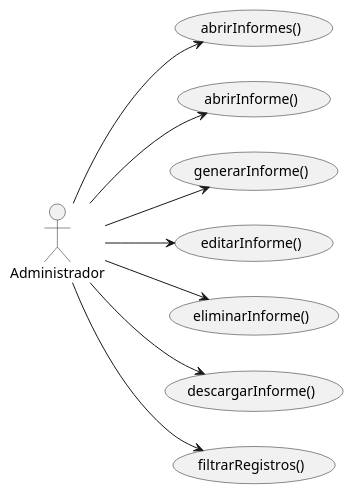
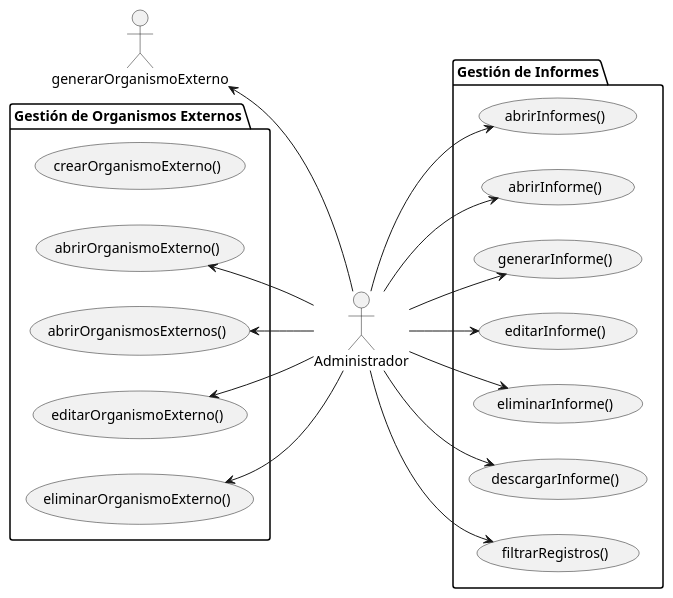
The diagram in modelosUML/01-actores-casos-uso/dimension-filtrado-informe/actores-casos-uso.puml (Angelo2272/26-27-IdSw1-SDR), drawn with PlantUML before and after one commit. The commit also changed 3 other files, not shown here.

Commit message:
docs: Identificar actores y casos de uso dentro de Organismos Externos, unificar casos de uso de Informes

```diff
--- a/modelosUML/01-actores-casos-uso/dimension-filtrado-informe/actores-casos-uso.puml
+++ b/modelosUML/01-actores-casos-uso/dimension-filtrado-informe/actores-casos-uso.puml
@@ -1,23 +1,39 @@
 @startuml
 
-    left to right direction
+left to right direction
 
-    actor "Administrador" as admin
+actor "Administrador" as admin
 
-    usecase "abrirInformes()" as UC1
-    usecase "abrirInforme()" as UC2
-    usecase "generarInforme()" as UC3
-    usecase "editarInforme()" as UC4
-    usecase "eliminarInforme()" as UC5
-    usecase "descargarInforme()" as UC6
-    usecase "filtrarRegistros()" as UC7
+package "Gestión de Organismos Externos" {
+    usecase crearOrganismoExterno as "crearOrganismoExterno()"
+    usecase abrirOrganismoExterno as "abrirOrganismoExterno()"
+    usecase abrirOrganismosExternos as "abrirOrganismosExternos()"
+    usecase editarOrganismoExterno as "editarOrganismoExterno()"
+    usecase eliminarOrganismoExterno as "eliminarOrganismoExterno()"
+}
 
-    admin --> UC1
-    admin --> UC2
-    admin --> UC3
-    admin --> UC4
-    admin --> UC5
-    admin --> UC6
-    admin --> UC7
+package "Gestión de Informes" {
+    usecase abrirInformes as "abrirInformes()"
+    usecase abrirInforme as "abrirInforme()"
+    usecase generarInforme as "generarInforme()"
+    usecase editarInforme as "editarInforme()"
+    usecase eliminarInforme as "eliminarInforme()"
+    usecase descargarInforme as "descargarInforme()"
+    usecase filtrarRegistros as "filtrarRegistros()"
+}
+
+generarOrganismoExterno <-- admin
+abrirOrganismoExterno <-- admin
+abrirOrganismosExternos <-- admin
+editarOrganismoExterno <-- admin
+eliminarOrganismoExterno <-- admin
+
+admin --> abrirInformes
+admin --> abrirInforme
+admin --> generarInforme
+admin --> editarInforme
+admin --> eliminarInforme
+admin --> descargarInforme
+admin --> filtrarRegistros
 
 @enduml
```
